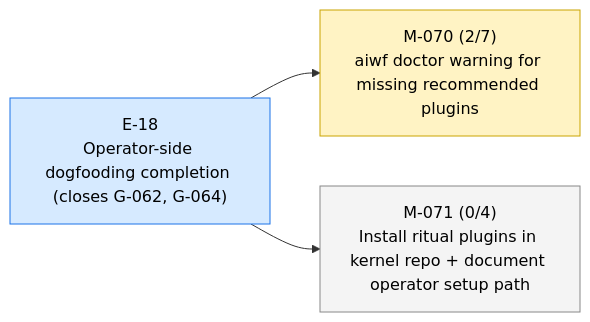
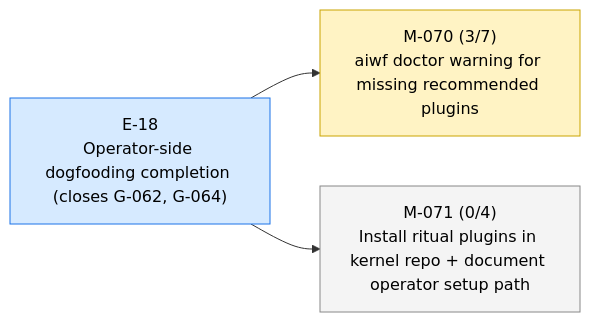
One commit to 23min/aiwf changed the first of 3 diagrams in STATUS.md. Above: the diagram before and after it, drawn with Mermaid. The commit also changed other lines of this file and 1 other file, not shown here.

First line of the commit message:
aiwf promote M-070/AC-3 open -> met

````diff
--- a/STATUS.md
+++ b/STATUS.md
@@ -12,14 +12,14 @@
 ```mermaid
 flowchart LR
   E_18["E-18<br/>Operator-side dogfooding completion (closes G-062, G-064)"]:::epic_active
-  M_070["M-070 (2/7)<br/>aiwf doctor warning for missing recommended plugins"]:::ms_in_progress
+  M_070["M-070 (3/7)<br/>aiwf doctor warning for missing recommended plugins"]:::ms_in_progress
   E_18 --> M_070
   M_071["M-071 (0/4)<br/>Install ritual plugins in kernel repo + document operator setup path"]:::ms_draft
   E_18 --> M_071
   classDef epic_active fill:#d6eaff,stroke:#1a73e8,color:#000
   classDef epic_proposed fill:#f4f4f4,stroke:#888,color:#000
   classDef ms_done fill:#d8f5d8,stroke:#2a8a2a,color:#000
   classDef ms_in_progress fill:#fff3c4,stroke:#caa400,color:#000
   classDef ms_draft fill:#f4f4f4,stroke:#888,color:#000
   classDef ms_cancelled fill:#fbeaea,stroke:#c33,color:#000
 ```
````
